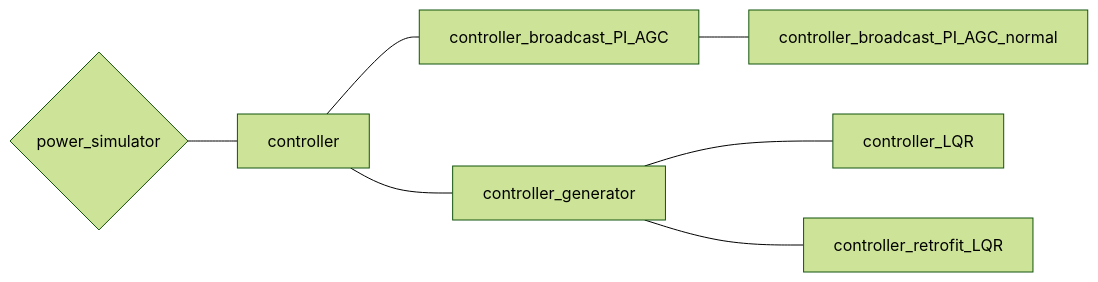
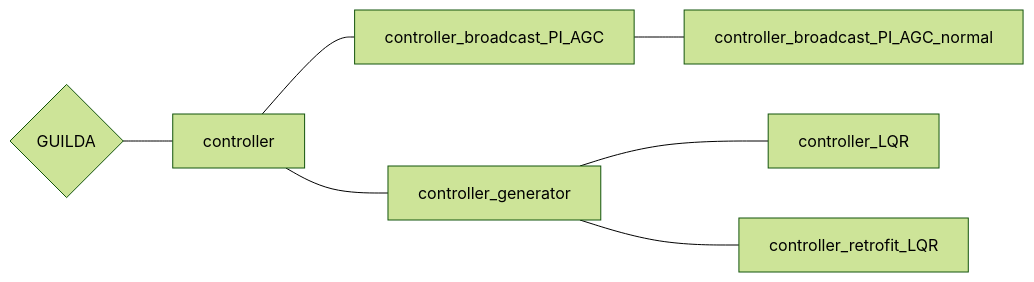
The diagram in docs/Docs/controller.md (takahiro-kawaguchi/power_simulator_doc), drawn with Mermaid (forest theme) before and after one commit. The commit also changed other lines of this file and 15 other files, not shown here.

````diff
--- a/docs/Docs/controller.md
+++ b/docs/Docs/controller.md
@@ -16,19 +16,19 @@
 ```mermaid
 graph LR
 
-base{power_simulator}---controller
+base{GUILDA}---controller
 
 controller---controller_broadcast_PI_AGC
 controller_broadcast_PI_AGC---controller_broadcast_PI_AGC_normal
 controller---controller_generator
 controller_generator---controller_LQR
 controller_generator---controller_retrofit_LQR
 
 click base "https://www.google.com/"
 click controller "https://www.google.com/"
 click controller_broadcast_PI_AGC "https://www.google.com/"
 click controller_broadcast_PI_AGC_normal "https://www.google.com/"
 click controller_generator "https://www.google.com/"
 click controller_LQR "https://www.google.com/"
 click controller_retrofit_LQR "https://www.google.com/"
 ```
````
